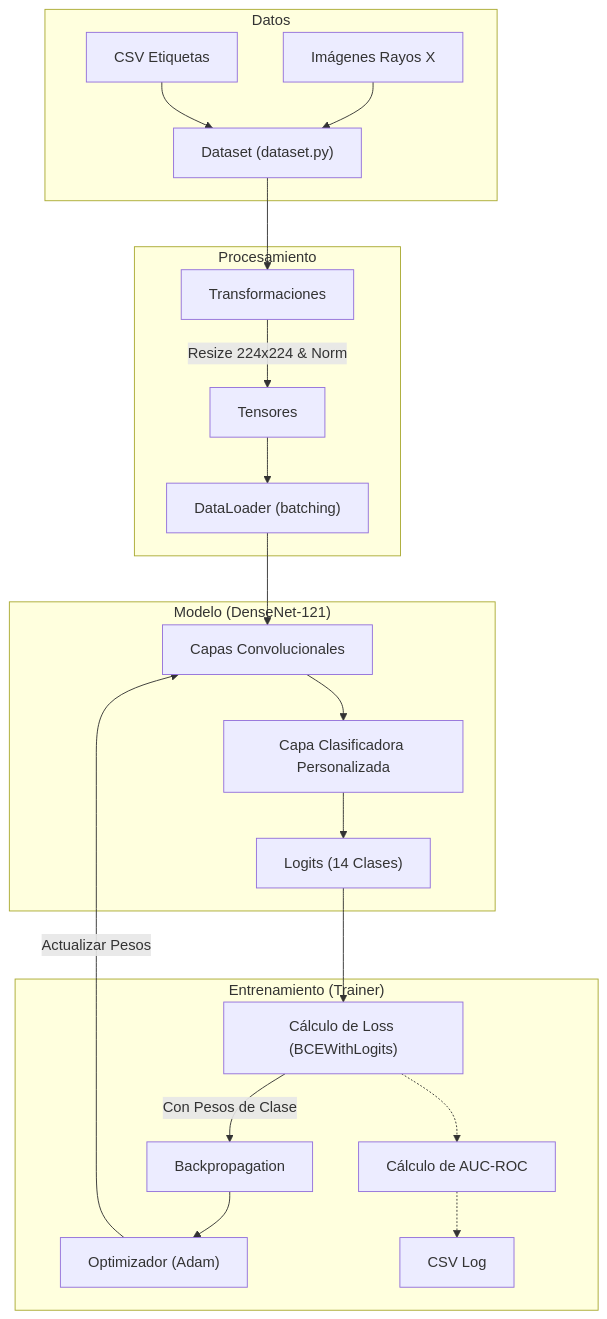
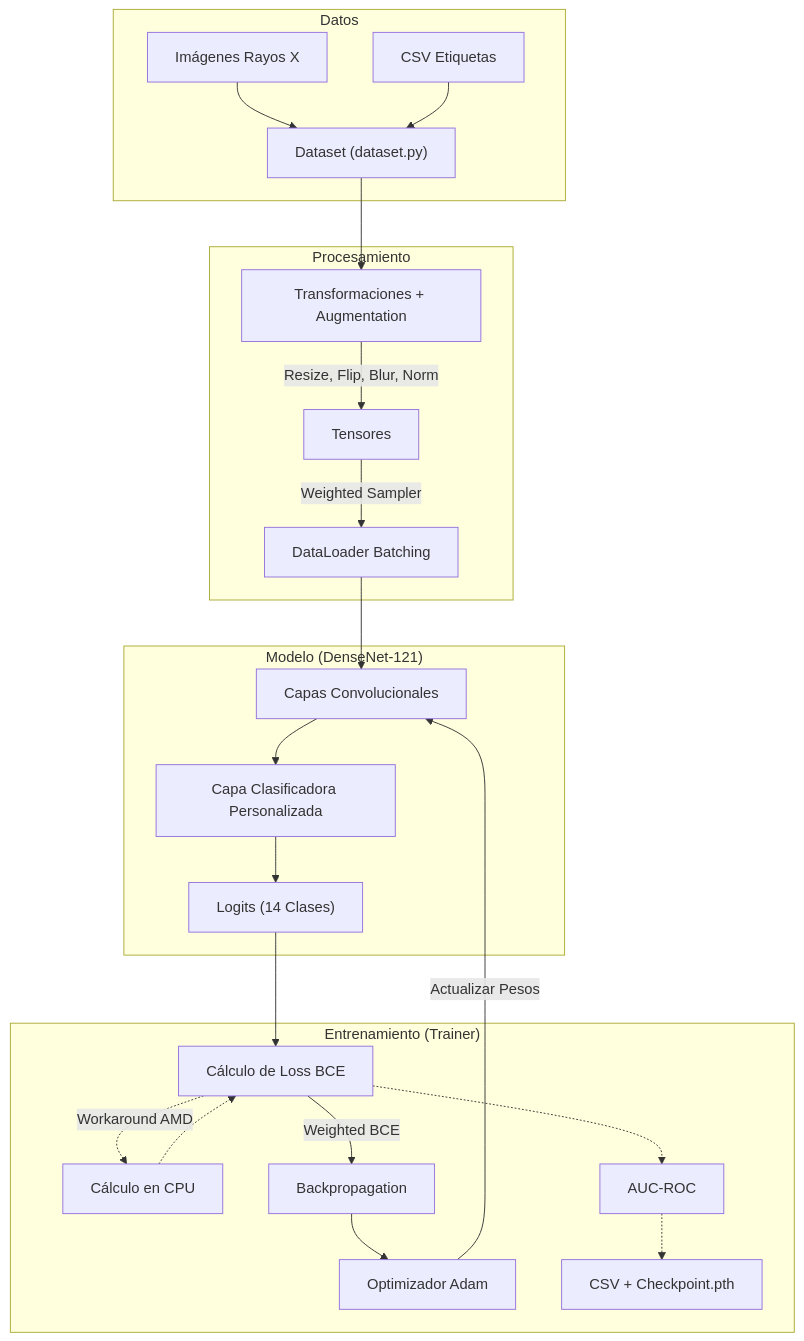
The diagram in README.md (Agustin978/ProyectoFinal_V2), drawn with Mermaid before and after one commit. The commit also changed other lines of this file and 1 other file, not shown here.

````diff
--- a/README.md
+++ b/README.md
@@ -111,29 +115,30 @@
 ```mermaid
 flowchart TD
     subgraph Datos["Datos"]
         A["Imágenes Rayos X"] --> B["Dataset (dataset.py)"]
         C["CSV Etiquetas"] --> B
     end
 
     subgraph Procesamiento["Procesamiento"]
-        B --> D["Transformaciones"]
-        D -->|Resize 224x224 & Norm| E["Tensores"]
-        E --> F["DataLoader (batching)"]
+        B --> D["Transformaciones + Augmentation"]
+        D -->|"Resize, Flip, Blur, Norm"| E["Tensores"]
+        E -->|"Weighted Sampler"| F["DataLoader Batching"]
     end
 
     subgraph Modelo["Modelo (DenseNet-121)"]
         F --> G["Capas Convolucionales"]
         G --> H["Capa Clasificadora Personalizada"]
         H --> I["Logits (14 Clases)"]
     end
 
     subgraph Entrenamiento["Entrenamiento (Trainer)"]
-        I --> J["Cálculo de Loss (BCEWithLogits)"]
-        J -->|Con Pesos de Clase| K["Backpropagation"]
-        K --> L["Optimizador (Adam)"]
-        L -->|Actualizar Pesos| G
-        J -.-> M["Cálculo de AUC-ROC"]
-        M -.-> N["CSV Log"]
+        I --> J["Cálculo de Loss BCE"]
+        J -.->|"Workaround AMD"| O["Cálculo en CPU"] 
+        O -.-> J
+        J -->|"Weighted BCE"| K["Backpropagation"]
+        K --> L["Optimizador Adam"]
+        L -->|"Actualizar Pesos"| G
+        J -.-> M["AUC-ROC"]
+        M -.-> N["CSV + Checkpoint.pth"]
     end
-
 ```
````
